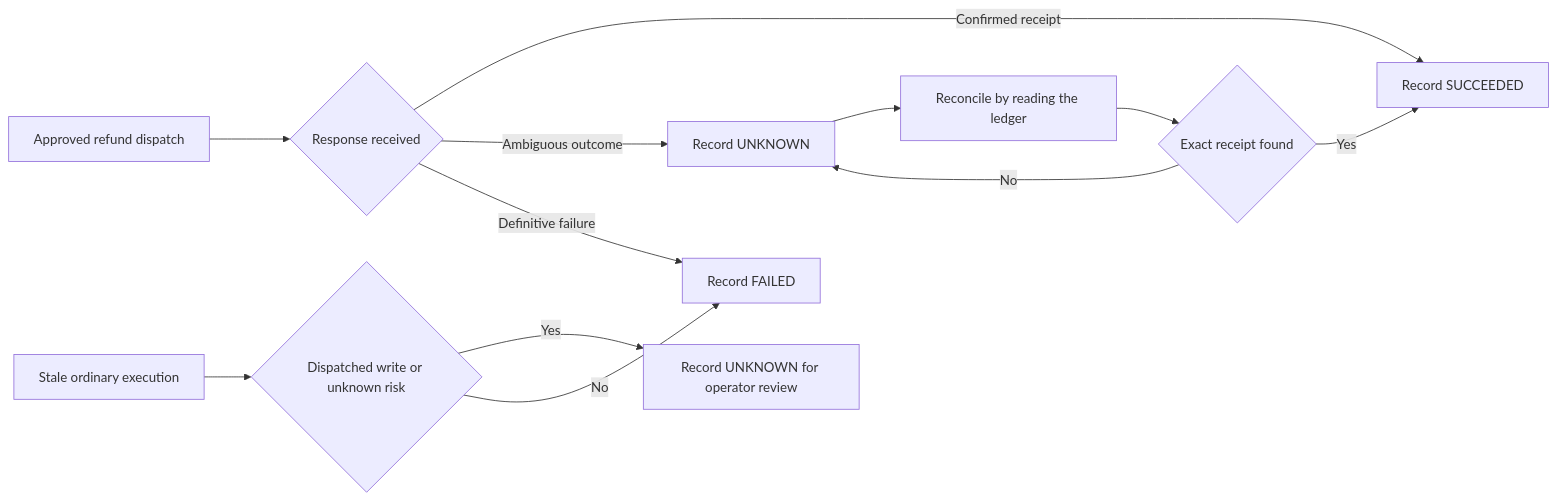
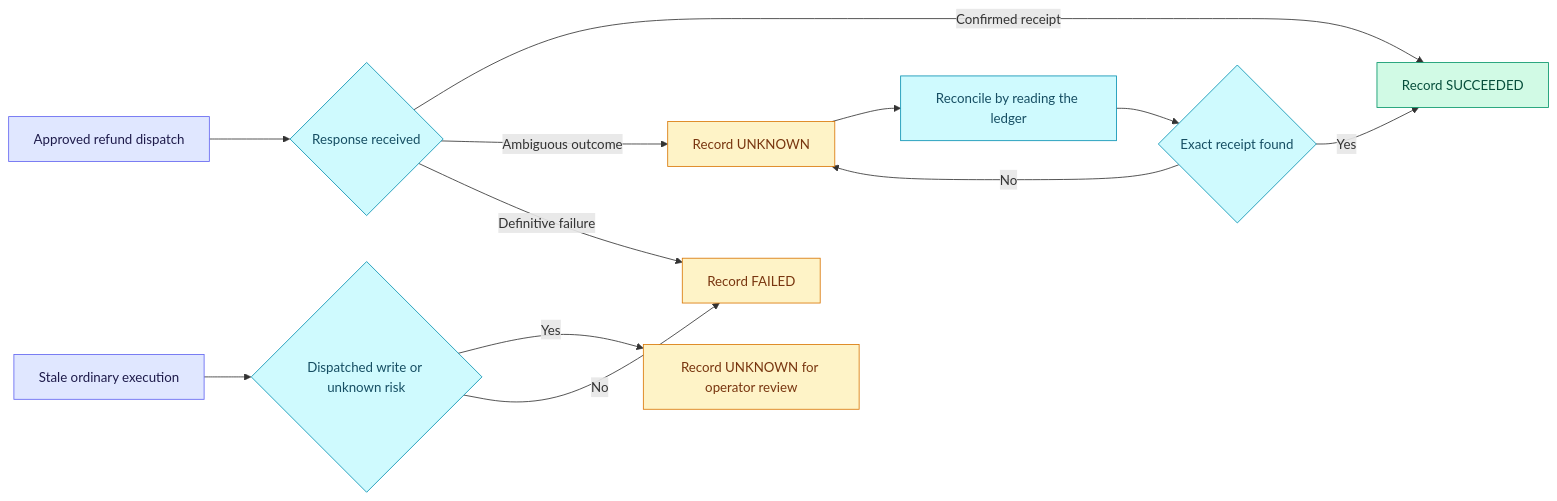
Before and after one commit to NagaRamya1531-tech/ToolMesh-AI: the ninth of 13 diagrams in docs/architecture.md, drawn with Mermaid. The commit also changed other lines of this file and 26 other files, not shown here.

Commit message:
Complete M8 OpenAI Playground and architecture refresh

````diff
--- a/docs/architecture.md
+++ b/docs/architecture.md
@@ -269,14 +285,22 @@
 ```mermaid
 flowchart LR
     Write["Approved refund dispatch"] --> Result{"Response received"}
     Result -->|Confirmed receipt| Success["Record SUCCEEDED"]
     Result -->|Ambiguous outcome| Unknown["Record UNKNOWN"]
     Unknown --> Check["Reconcile by reading the ledger"]
     Check --> Match{"Exact receipt found"}
     Match -->|Yes| Success
     Match -->|No| Unknown
     Result -->|Definitive failure| Failed["Record FAILED"]
     Stale["Stale ordinary execution"] --> Risk{"Dispatched write or unknown risk"}
     Risk -->|Yes| Manual["Record UNKNOWN for operator review"]
     Risk -->|No| Failed
+    classDef client fill:#e0e7ff,stroke:#6366f1,color:#1e1b4b
+    classDef plane fill:#cffafe,stroke:#0891b2,color:#164e63
+    classDef store fill:#d1fae5,stroke:#059669,color:#064e3b
+    classDef boundary fill:#fef3c7,stroke:#d97706,color:#78350f
+    class Write,Stale client
+    class Check,Result,Match,Risk plane
+    class Success store
+    class Unknown,Manual,Failed boundary
 ```
````
